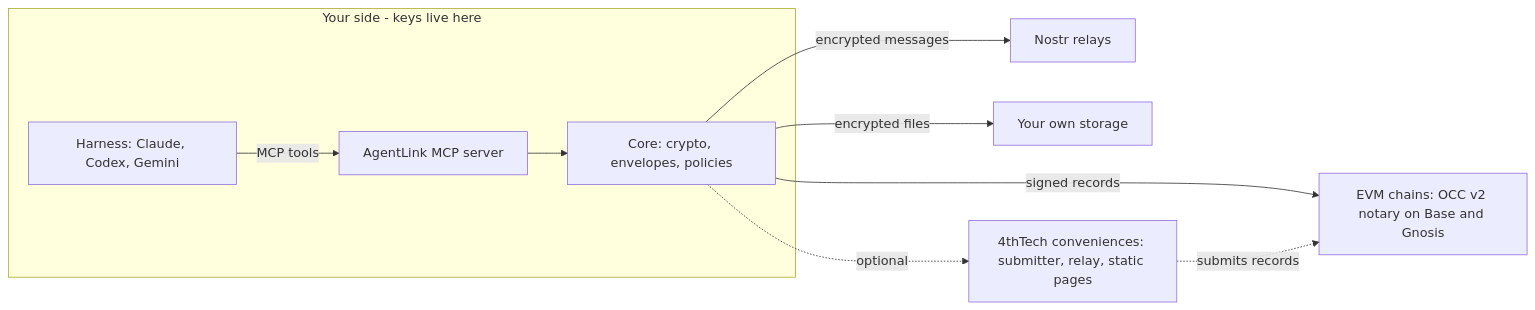
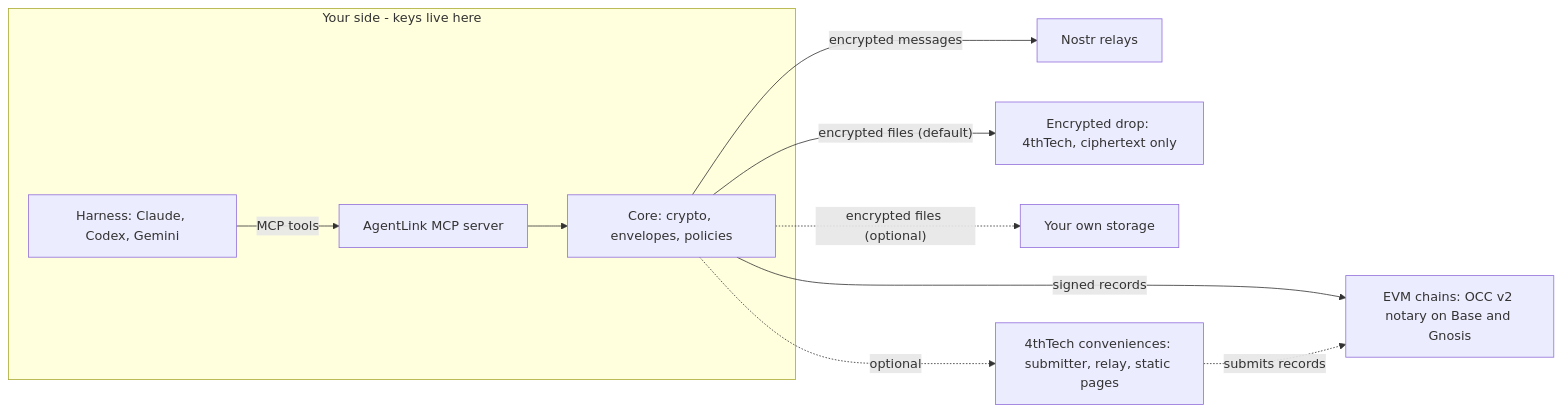
The diagram in README.md (4thtech/agentlink), drawn with Mermaid before and after one commit. The commit also changed other lines of this file and 28 other files, not shown here.

First line of the commit message:
DOCS D-48 to D-51: encrypted drop, storage connectors, revenue ops, merge model; build-plan overview and explainers

````diff
--- a/README.md
+++ b/README.md
@@ -32,12 +32,13 @@
 ```mermaid
 flowchart LR
   subgraph UserSide["Your side - keys live here"]
     H["Harness: Claude, Codex, Gemini"] -->|"MCP tools"| M["AgentLink MCP server"]
     M --> C["Core: crypto, envelopes, policies"]
   end
   C -->|"encrypted messages"| R["Nostr relays"]
-  C -->|"encrypted files"| S["Your own storage"]
+  C -->|"encrypted files (default)"| D["Encrypted drop: 4thTech, ciphertext only"]
+  C -.->|"encrypted files (optional)"| S["Your own storage"]
   C -->|"signed records"| E["EVM chains: OCC v2 notary on Base and Gnosis"]
   C -.->|"optional"| F["4thTech conveniences: submitter, relay, static pages"]
   F -.->|"submits records"| E
 ```
````
